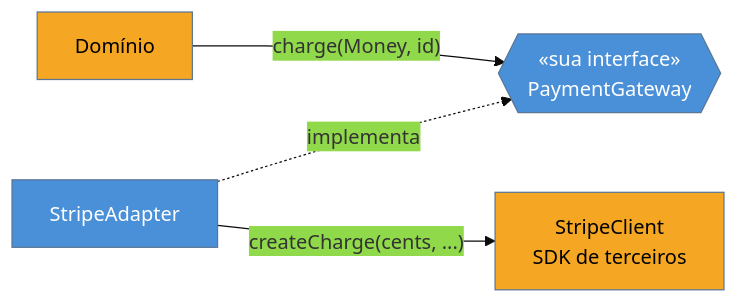
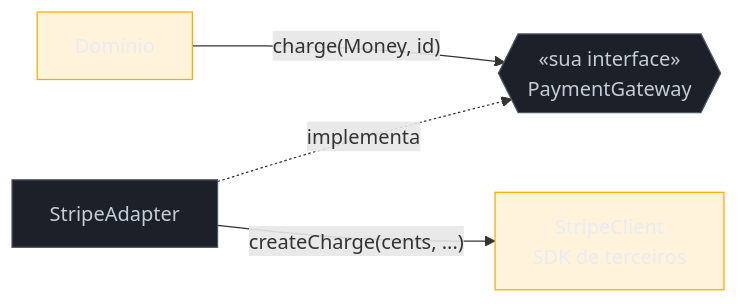
Before and after one commit to josenaldo/codex-technomanticus: the diagram in 03-Dominios/Engenharia/Design de Software/Padrões de Projeto/Clássicos (GoF)/07 - Adapter.md, drawn with Mermaid. The commit also changed 1181 other files, not shown here.

First line of the commit message:
fix(diagramas): paleta do sistema no lugar de cor cravada no markdown

````diff
--- a/03-Dominios/Engenharia/Design de Software/Padrões de Projeto/Clássicos (GoF)/07 - Adapter.md
+++ b/03-Dominios/Engenharia/Design de Software/Padrões de Projeto/Clássicos (GoF)/07 - Adapter.md
@@ -37,12 +37,13 @@
 ```mermaid
-%%{init: {"theme": "base", "themeVariables": {"primaryColor": "#4A90D9"}}}%%
 graph LR
+    classDef neutro fill:#1B2029,stroke:#4E5666,color:#C6CCD8
+    classDef destaque fill:#FFAA0024,stroke:#FFAA00,color:#E9ECF2
     C[Domínio] -->|"charge(Money, id)"| I{{"«sua interface»<br/>PaymentGateway"}}
     A[StripeAdapter] -.implementa.-> I
     A -->|"createCharge(cents, ...)"| S[StripeClient<br/>SDK de terceiros]
 
-    style I fill:#4A90D9,color:#fff
-    style A fill:#4A90D9,color:#fff
-    style S fill:#F5A623,color:#000
-    style C fill:#F5A623,color:#000
+    class I neutro
+    class A neutro
+    class S destaque
+    class C destaque
 ```
````
